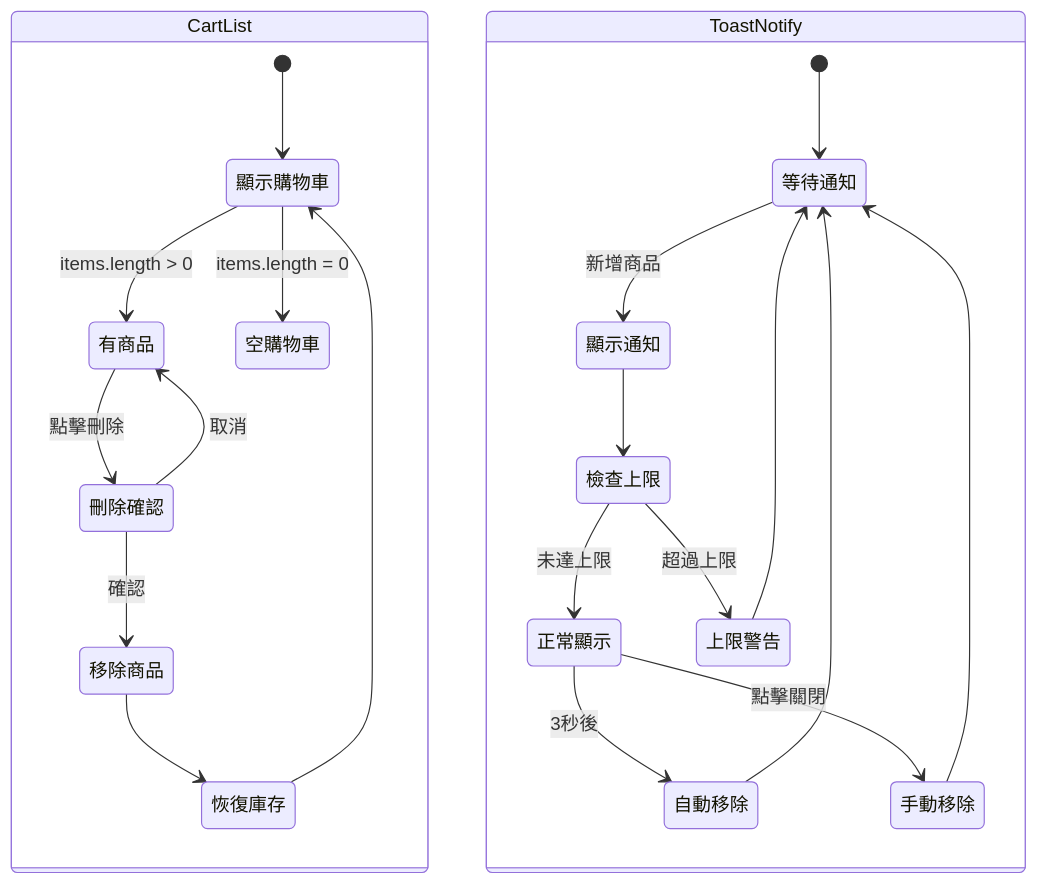
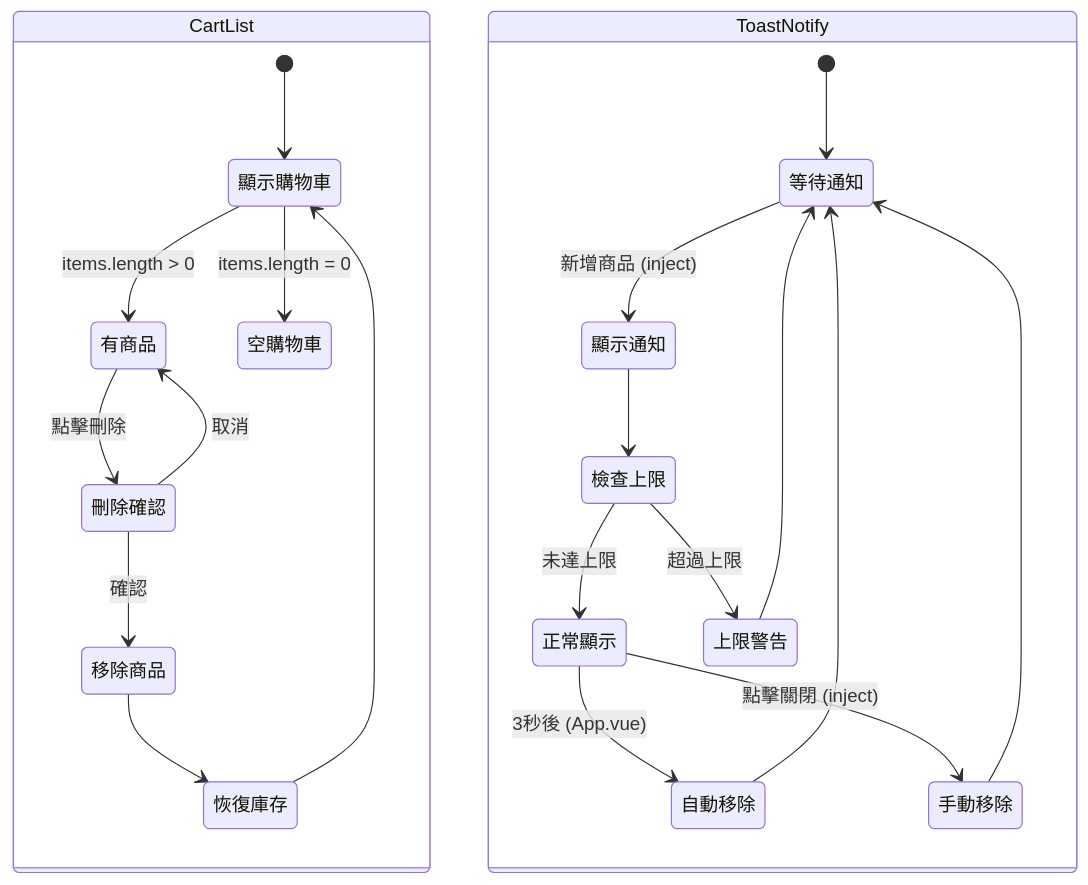
Before and after one commit to dpi627/HexVueAdvTask: the fourth of 5 diagrams in README.md, drawn with Mermaid. The commit also changed other lines of this file, not shown here.

First line of the commit message:
feat: 更新流程圖與通知功能說明

````diff
--- a/README.md
+++ b/README.md
@@ -236,26 +241,26 @@
 ```mermaid
 stateDiagram-v2
     state CartList {
         [*] --> 顯示購物車
         顯示購物車 --> 有商品 : items.length > 0
         顯示購物車 --> 空購物車 : items.length = 0
         有商品 --> 刪除確認 : 點擊刪除
         刪除確認 --> 移除商品 : 確認
         刪除確認 --> 有商品 : 取消
         移除商品 --> 恢復庫存
         恢復庫存 --> 顯示購物車
     }
 
     state ToastNotify {
         [*] --> 等待通知
-        等待通知 --> 顯示通知 : 新增商品
+        等待通知 --> 顯示通知 : 新增商品 (inject)
         顯示通知 --> 檢查上限
         檢查上限 --> 正常顯示 : 未達上限
         檢查上限 --> 上限警告 : 超過上限
-        正常顯示 --> 自動移除 : 3秒後
-        正常顯示 --> 手動移除 : 點擊關閉
+        正常顯示 --> 自動移除 : 3秒後 (App.vue)
+        正常顯示 --> 手動移除 : 點擊關閉 (inject)
         上限警告 --> 等待通知
         自動移除 --> 等待通知
         手動移除 --> 等待通知
     }
 ```
````
